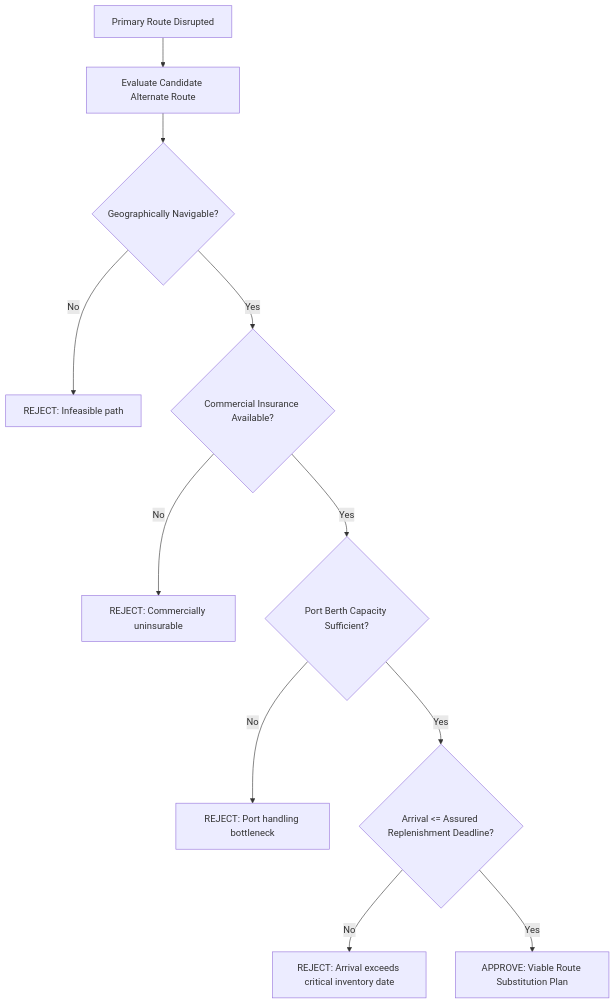
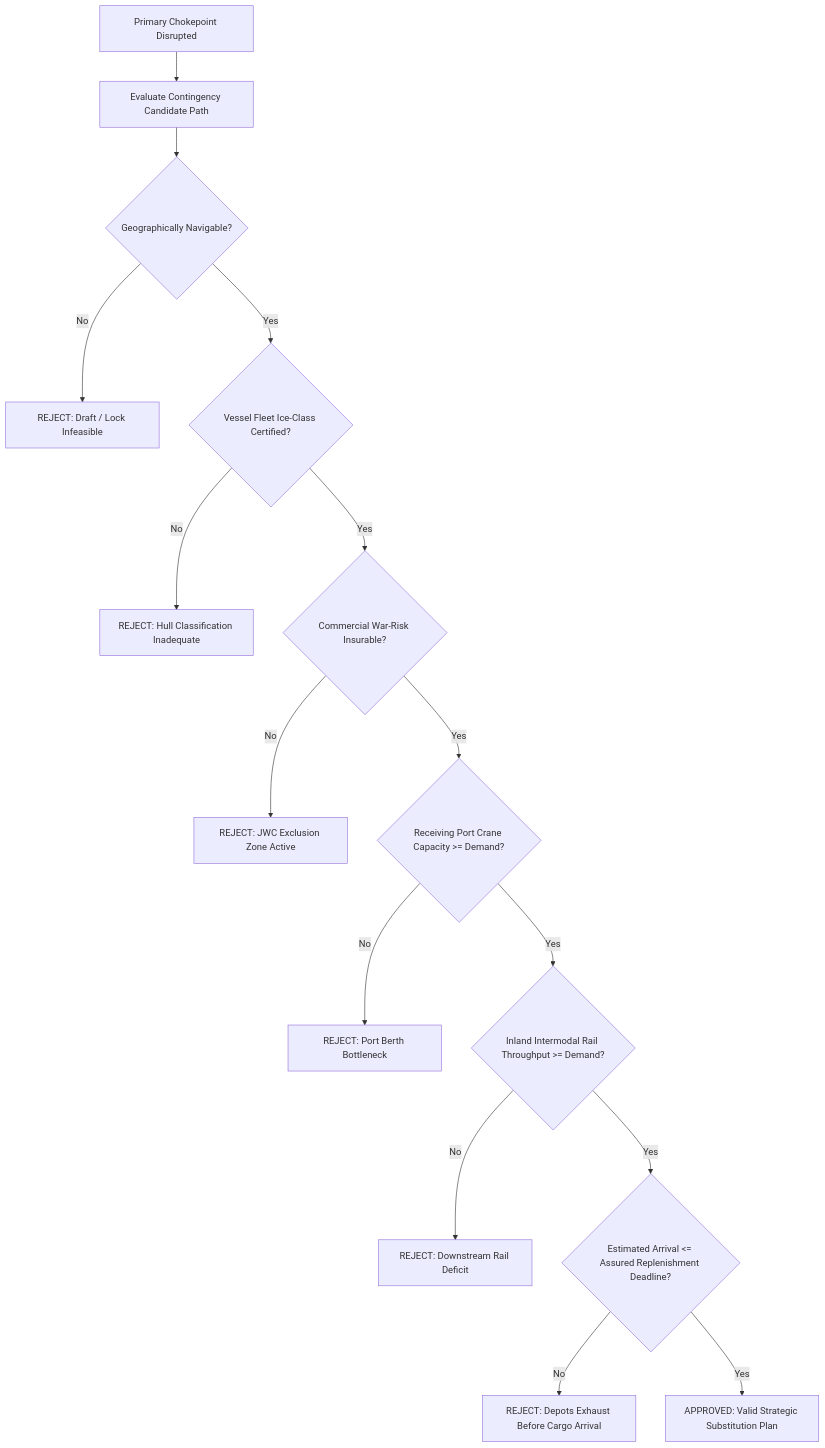
Before and after one commit to Hardonian/continuityos: the second of 3 diagrams in README.md, drawn with Mermaid. The commit also changed other lines of this file and 4 other files, not shown here.

````diff
--- a/README.md
+++ b/README.md
@@ -252,13 +308,17 @@
 ```mermaid
 flowchart TD
-    TRIGGER[Primary Route Disrupted] --> CAND[Evaluate Candidate Alternate Route]
-    CAND --> CHK_GEO{Geographically Navigable?}
-    CHK_GEO -->|No| REJ1[REJECT: Infeasible path]
-    CHK_GEO -->|Yes| CHK_INS{Commercial Insurance Available?}
-    CHK_INS -->|No| REJ2[REJECT: Commercially uninsurable]
-    CHK_INS -->|Yes| CHK_PORT{Port Berth Capacity Sufficient?}
-    CHK_PORT -->|No| REJ3[REJECT: Port handling bottleneck]
-    CHK_PORT -->|Yes| CHK_TIME{Arrival <= Assured Replenishment Deadline?}
-    CHK_TIME -->|No| REJ4[REJECT: Arrival exceeds critical inventory date]
-    CHK_TIME -->|Yes| APPROVE[APPROVE: Viable Route Substitution Plan]
+    FAIL[Primary Chokepoint Disrupted] --> EVAL[Evaluate Contingency Candidate Path]
+    EVAL --> C1{Geographically Navigable?}
+    C1 -->|No| R1[REJECT: Draft / Lock Infeasible]
+    C1 -->|Yes| C2{Vessel Fleet Ice-Class Certified?}
+    C2 -->|No| R2[REJECT: Hull Classification Inadequate]
+    C2 -->|Yes| C3{Commercial War-Risk Insurable?}
+    C3 -->|No| R3[REJECT: JWC Exclusion Zone Active]
+    C3 -->|Yes| C4{Receiving Port Crane Capacity >= Demand?}
+    C4 -->|No| R4[REJECT: Port Berth Bottleneck]
+    C4 -->|Yes| C5{Inland Intermodal Rail Throughput >= Demand?}
+    C5 -->|No| R5[REJECT: Downstream Rail Deficit]
+    C5 -->|Yes| C6{Estimated Arrival <= Assured Replenishment Deadline?}
+    C6 -->|No| R6[REJECT: Depots Exhaust Before Cargo Arrival]
+    C6 -->|Yes| ACCEPT[APPROVED: Valid Strategic Substitution Plan]
 ```
````
